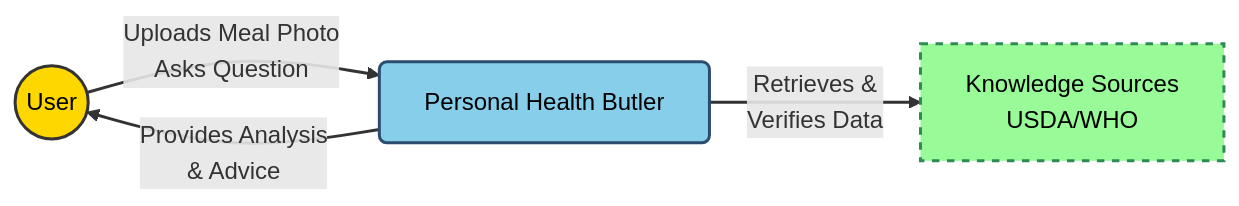
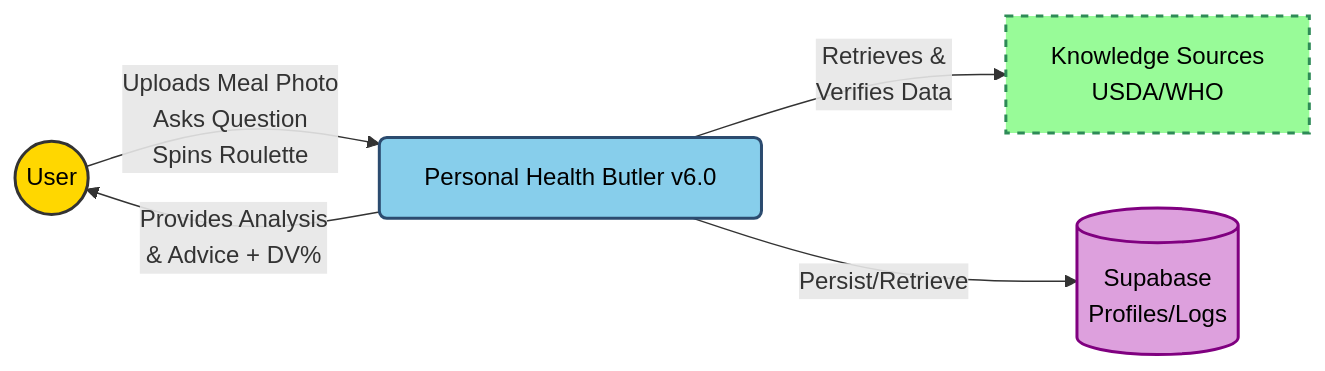
One commit to kevinhust/capstonetest changed the first of 4 diagrams in docs/product/business-model/L1-Business-Architecture.md. Above: the diagram before and after it, drawn with Mermaid. The commit also changed other lines of this file and 43 other files, not shown here.

````diff
--- a/docs/product/business-model/L1-Business-Architecture.md
+++ b/docs/product/business-model/L1-Business-Architecture.md
@@ -41,17 +45,18 @@
 ```mermaid
 graph LR
     %% Style Definitions
     classDef person fill:#FFD700,stroke:#333,stroke-width:2px,color:black,rx:10,ry:10;
     classDef system fill:#87CEEB,stroke:#2b4b6f,stroke-width:2px,color:black,rx:5,ry:5;
     classDef external fill:#98FB98,stroke:#2e8b57,stroke-width:2px,color:black,stroke-dasharray: 5 5;
+    classDef db fill:#DDA0DD,stroke:#800080,stroke-width:2px,color:black,shape:cylinder;
 
     User((User)):::person
-    PHB[Personal Health Butler]:::system
+    PHB[Personal Health Butler v6.0]:::system
     External[Knowledge Sources<br/>USDA/WHO]:::external
+    Supa[("Supabase<br/>Profiles/Logs")]:::db
 
-    User -->|Uploads Meal Photo<br/>Asks Question| PHB
-    PHB -->|Provides Analysis<br/>& Advice| User
+    User -->|Uploads Meal Photo<br/>Asks Question<br/>Spins Roulette| PHB
+    PHB -->|Provides Analysis<br/>& Advice + DV%| User
     PHB -->|Retrieves &<br/>Verifies Data| External
-    
-    linkStyle default stroke:#333,stroke-width:2px,fill:none;
+    PHB -->|Persist/Retrieve| Supa
 ```
````
